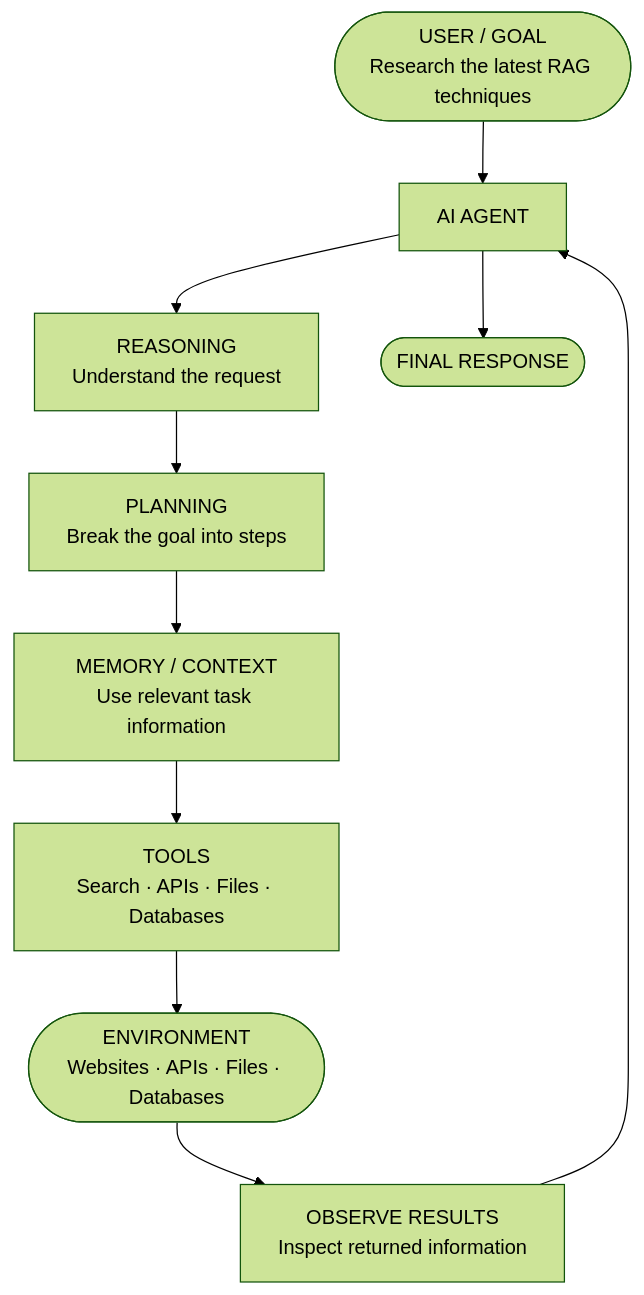
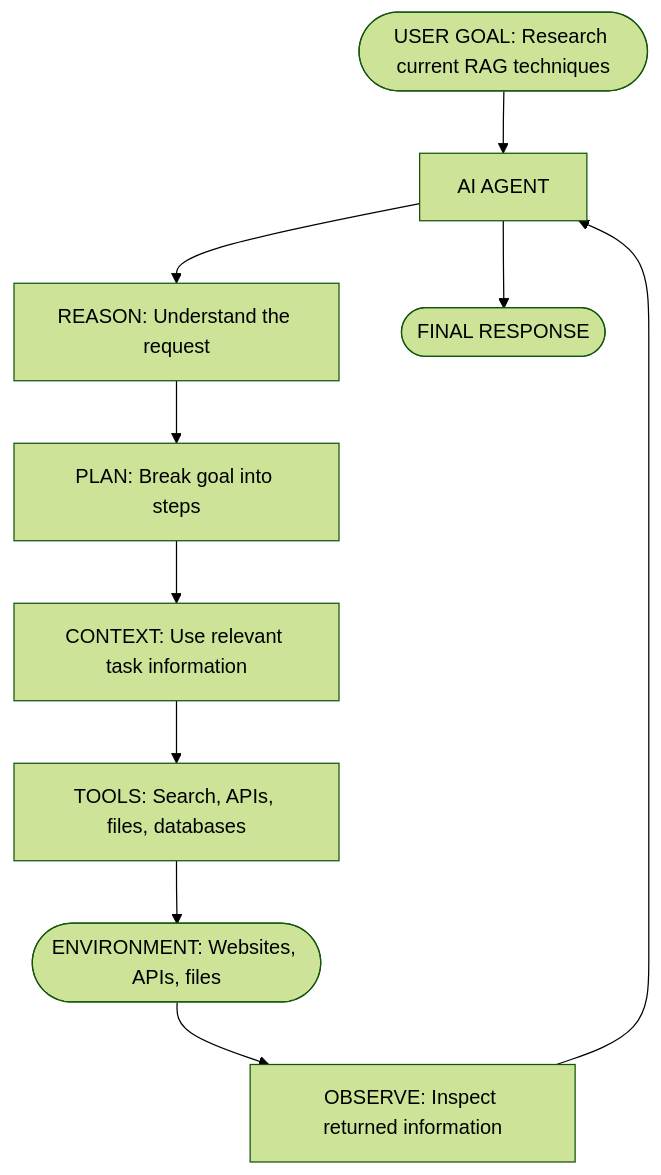
Before and after one commit to codergirl73/agentic-ai-system-design: the first of 7 diagrams in MODULE_1_FOUNDATIONS.md, drawn with Mermaid (forest theme).

Commit message:
Fix Mermaid agent architecture diagram rendering

````diff
--- a/MODULE_1_FOUNDATIONS.md
+++ b/MODULE_1_FOUNDATIONS.md
@@ -57,12 +57,12 @@
 ```mermaid
 flowchart TD
-    U(["USER / GOAL<br/>Research the latest RAG techniques"]) --> A["AI AGENT"]
-    A --> R["REASONING<br/>Understand the request"]
-    R --> P["PLANNING<br/>Break the goal into steps"]
-    P --> M["MEMORY / CONTEXT<br/>Use relevant task information"]
-    M --> T["TOOLS<br/>Search · APIs · Files · Databases"]
-    T --> E(["ENVIRONMENT<br/>Websites · APIs · Files · Databases"])
-    E --> O["OBSERVE RESULTS<br/>Inspect returned information"]
+    U(["USER GOAL: Research current RAG techniques"]) --> A["AI AGENT"]
+    A --> R["REASON: Understand the request"]
+    R --> P["PLAN: Break goal into steps"]
+    P --> M["CONTEXT: Use relevant task information"]
+    M --> T["TOOLS: Search, APIs, files, databases"]
+    T --> E(["ENVIRONMENT: Websites, APIs, files"])
+    E --> O["OBSERVE: Inspect returned information"]
     O --> A
     A --> F(["FINAL RESPONSE"])
 ```
````
